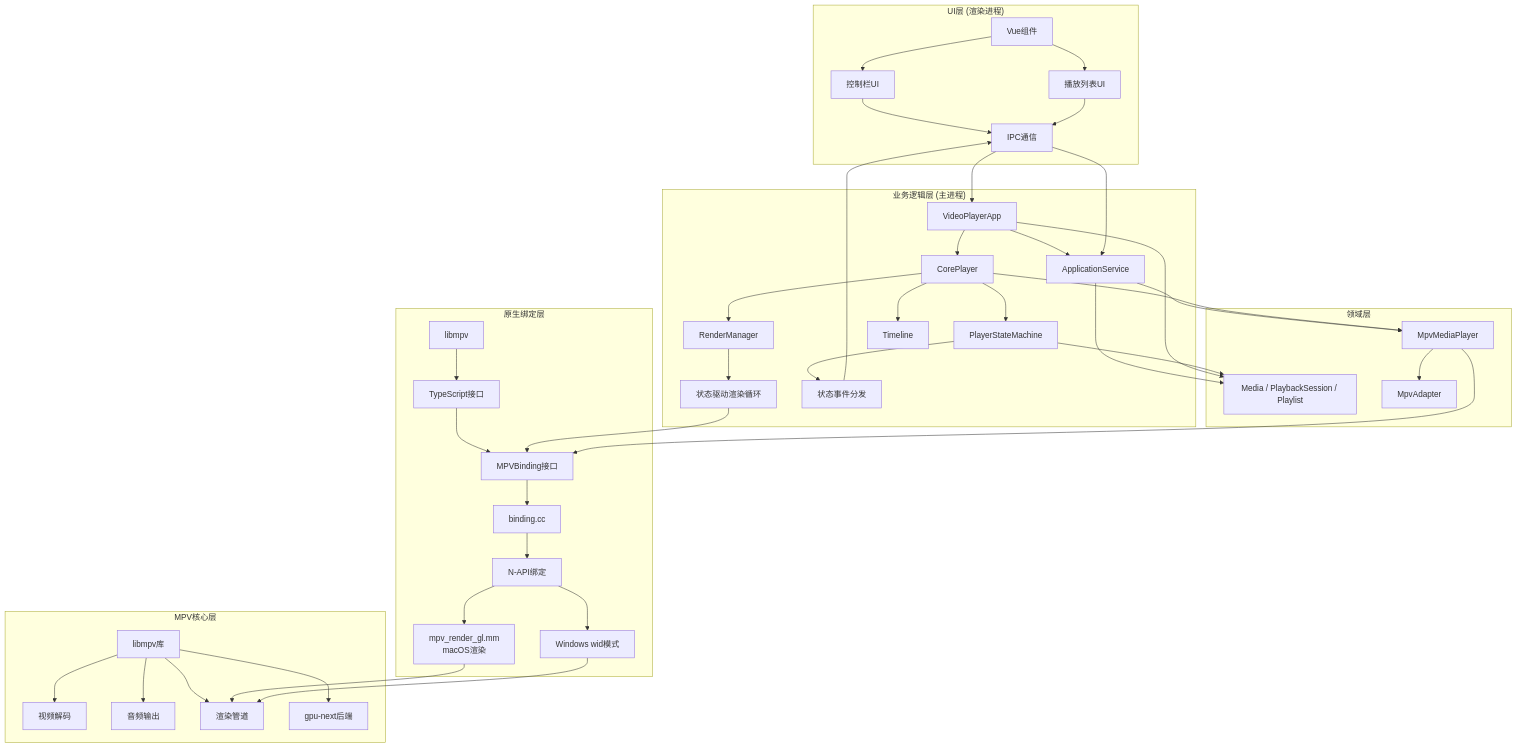
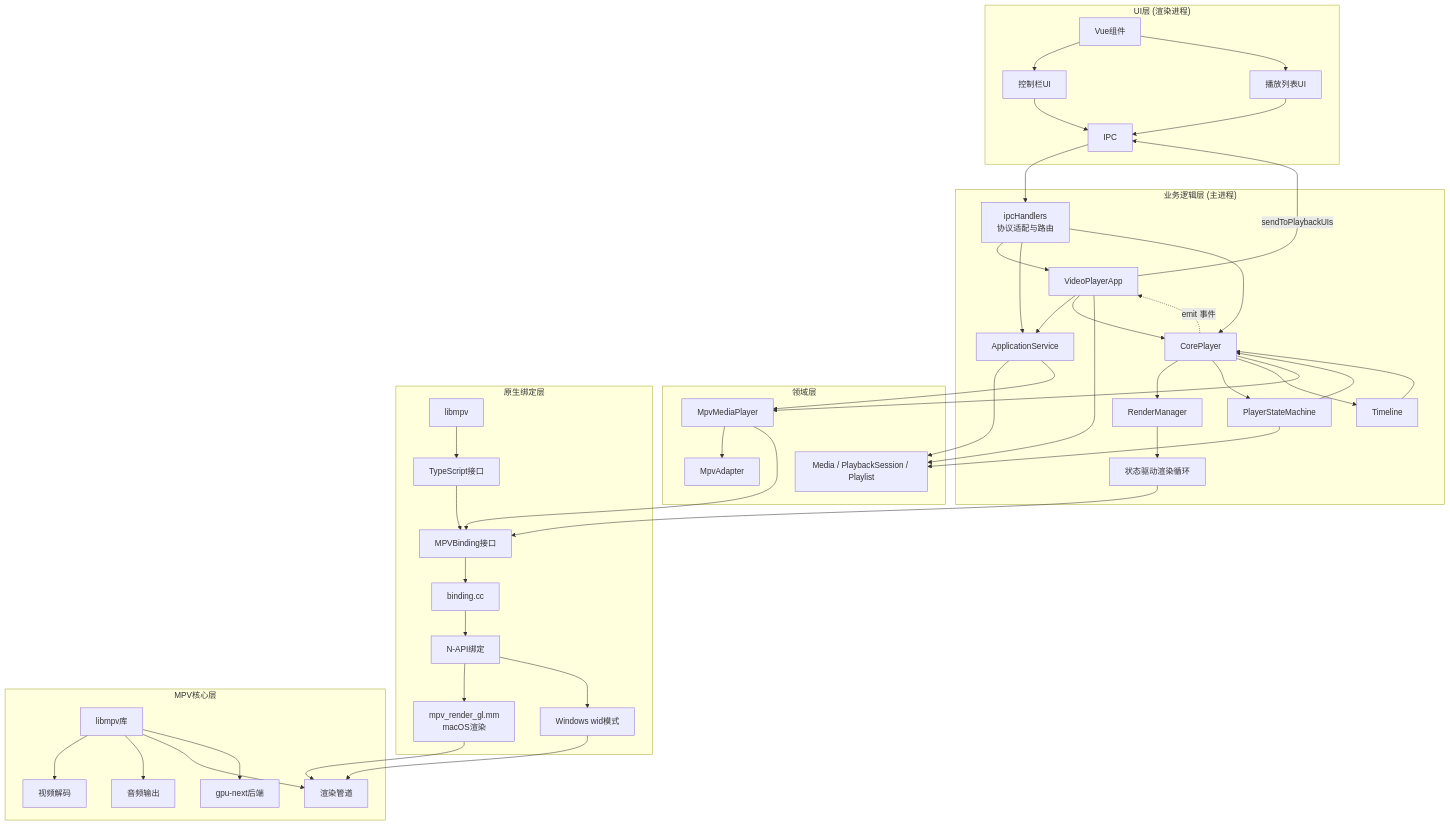
Before and after one commit to Lucas-lgm/mpv-electron: the first of 3 diagrams in docs/ARCHITECTURE.md, drawn with Mermaid. The commit also changed other lines of this file, not shown here.

Commit message:
refactor(architecture): enhance architecture documentation with IPC routing and event flow details
This update improves the architecture documentation by adding details about the IPC routing through **ipcHandlers** and clarifying the event flow from **CorePlayer** to **VideoPlayerApp**. The architecture diagram has been updated to reflect these changes, ensuring a comprehensive understanding of the communication paths within the application. Additionally, the entry point for the application startup process has been documented, providing clarity on the initialization sequence. This aligns with ongoing refactoring efforts to optimize the architecture and improve overall application performance.

````diff
--- a/docs/ARCHITECTURE.md
+++ b/docs/ARCHITECTURE.md
@@ -34,55 +34,66 @@
 ```mermaid
 graph TB
     subgraph "UI层 (渲染进程)"
         A1[Vue组件] --> A2[控制栏UI]
         A1 --> A3[播放列表UI]
-        A2 --> A4[IPC通信]
+        A2 --> A4[IPC]
         A3 --> A4
     end
 
     subgraph "业务逻辑层 (主进程)"
-        B1[VideoPlayerApp] --> B2[ApplicationService]
-        B1 --> B3[CorePlayer]
-        B3 --> B4[RenderManager]
-        B3 --> B5[PlayerStateMachine]
-        B3 --> B6[Timeline]
+        B0[ipcHandlers<br/>协议适配与路由]
+        B1[VideoPlayerApp]
+        B2[ApplicationService]
+        B3[CorePlayer]
+        B4[RenderManager]
+        B5[PlayerStateMachine]
+        B6[Timeline]
+        B1 --> B2
+        B1 --> B3
+        B3 --> B4
+        B3 --> B5
+        B3 --> B6
         B4 --> B7[状态驱动渲染循环]
-        B5 --> B8[状态事件分发]
+        B5 --> B3
+        B6 --> B3
+        B3 -.->|emit 事件| B1
     end
 
     subgraph "领域层"
         D1[Media / PlaybackSession / Playlist]
         D2[MpvAdapter]
         D3[MpvMediaPlayer]
         B2 --> D1
         B2 --> D3
         B1 --> D1
         B3 --> D3
         B5 --> D1
         D3 --> D2
     end
 
     subgraph "原生绑定层"
         C1[libmpv] --> C2[TypeScript接口]
         C2 --> C3[MPVBinding接口]
         C3 --> C4[binding.cc]
         C4 --> C5[N-API绑定]
         C5 --> C6[mpv_render_gl.mm<br/>macOS渲染]
         C5 --> C7[Windows wid模式]
     end
 
     subgraph "MPV核心层"
         E1[libmpv库] --> E2[视频解码]
         E1 --> E3[音频输出]
         E1 --> E4[渲染管道]
         E1 --> E5[gpu-next后端]
     end
 
-    A4 --> B1
-    A4 --> B2
-    B8 --> A4
+    A4 --> B0
+    B0 --> B1
+    B0 --> B2
+    B0 --> B3
+    B1 -->|sendToPlaybackUIs| A4
     B7 --> C3
     D3 --> C3
     C6 --> E4
     C7 --> E4
 ```
````
